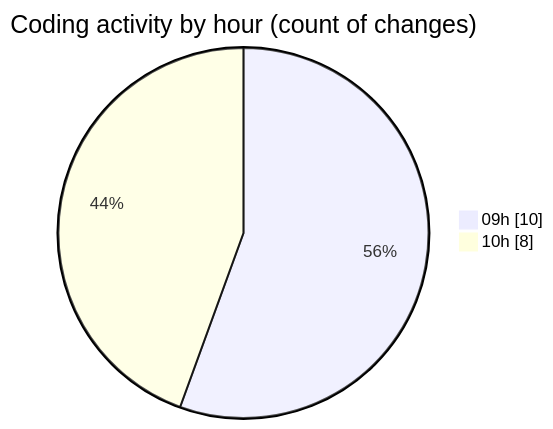
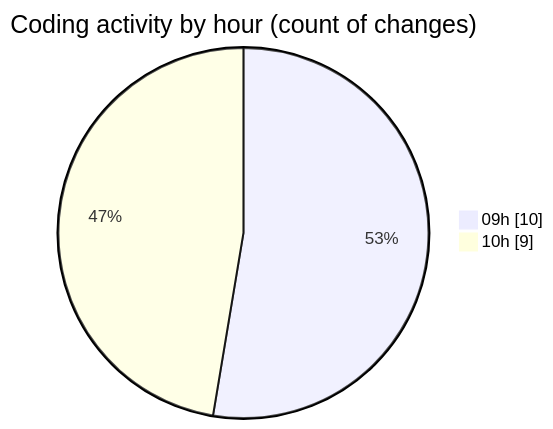
Before and after one commit to CELIANVF/code-tracking: the second of 2 diagrams in 2025-05-09/ecodeli/README.md, drawn with Mermaid. The commit also changed other lines of this file and 1 other file, not shown here.

````diff
--- a/2025-05-09/ecodeli/README.md
+++ b/2025-05-09/ecodeli/README.md
@@ -36,6 +36,6 @@
 ```mermaid
 pie showData
 title Coding activity by hour (count of changes)
 "09h" : 10
-"10h" : 8
+"10h" : 9
 ```
````
